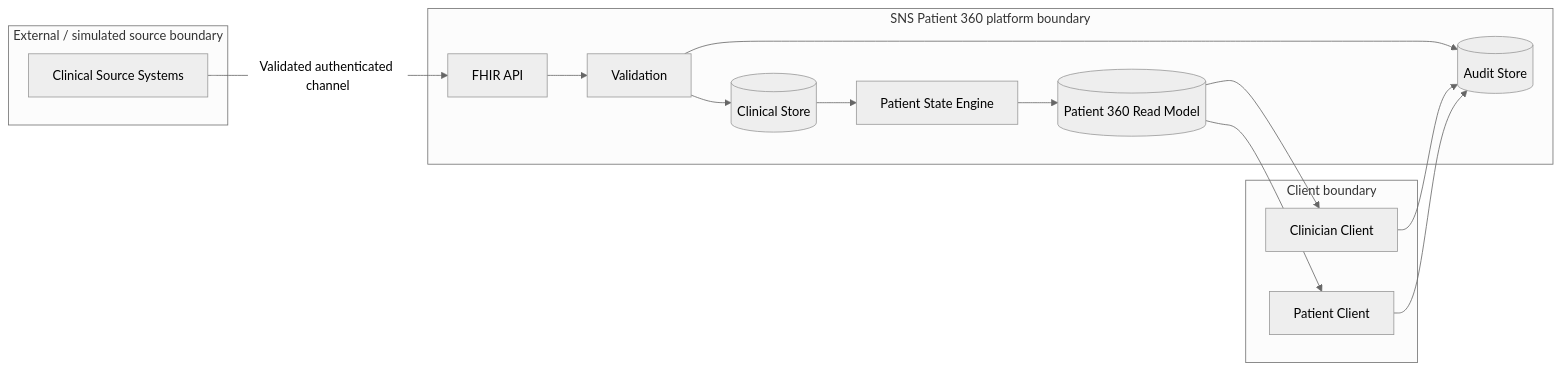
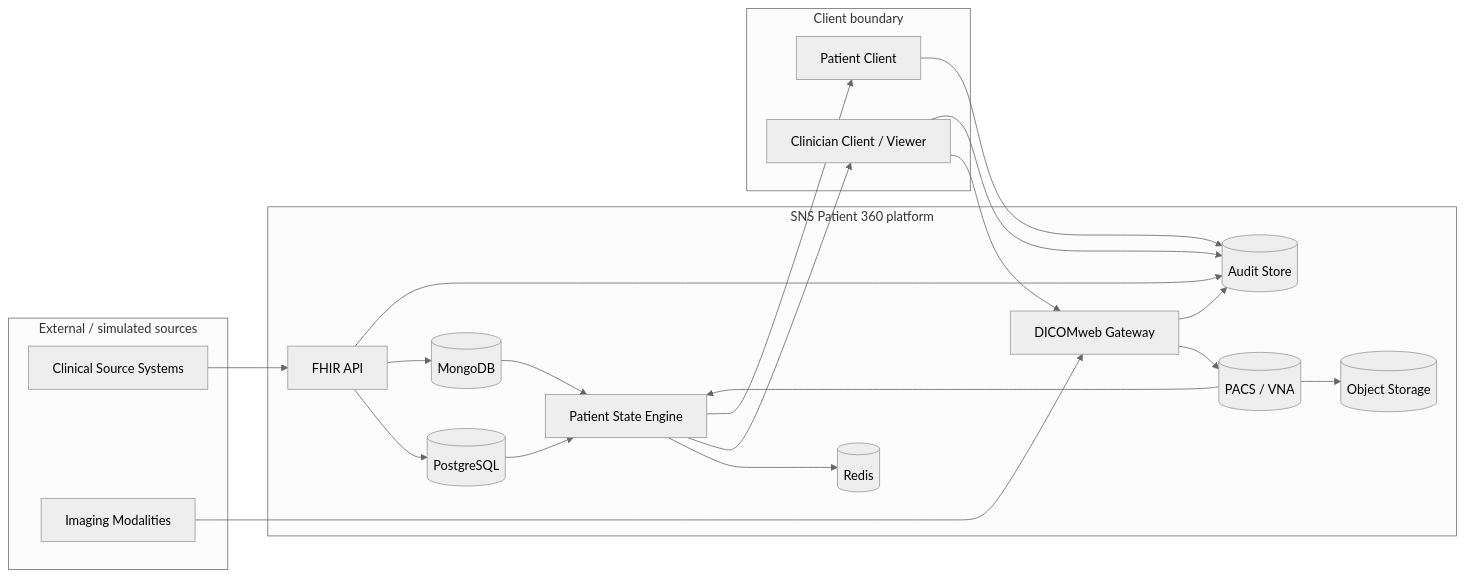
Before and after one commit to DiogoRibeiro7/sns-patient-360: the seventh of 7 diagrams in docs/architecture/system-architecture.md, drawn with Mermaid (neutral theme). The commit also changed other lines of this file, not shown here.

Commit message:
docs: update all system diagrams for imaging plane

````diff
--- a/docs/architecture/system-architecture.md
+++ b/docs/architecture/system-architecture.md
@@ -199,31 +264,42 @@
 ```mermaid
 flowchart LR
-    subgraph External[External / simulated source boundary]
-        SOURCES[Clinical Source Systems]
+    subgraph External[External / simulated sources]
+        CLINSRC[Clinical Source Systems]
+        MODALITIES[Imaging Modalities]
     end
 
-    subgraph Platform[SNS Patient 360 platform boundary]
+    subgraph Platform[SNS Patient 360 platform]
         FHIRAPI[FHIR API]
-        VALIDATION[Validation]
-        STORE[(Clinical Store)]
+        DICOM[DICOMweb Gateway]
+        PG[(PostgreSQL)]
+        MONGO[(MongoDB)]
+        PACS[(PACS / VNA)]
+        OBJECT[(Object Storage)]
         STATE[Patient State Engine]
-        P360[(Patient 360 Read Model)]
+        REDIS[(Redis)]
         AUDIT[(Audit Store)]
     end
 
     subgraph Clients[Client boundary]
-        CLINICIAN[Clinician Client]
+        CLINICIAN[Clinician Client / Viewer]
         PATIENT[Patient Client]
     end
 
-    SOURCES -->|Validated authenticated channel| FHIRAPI
-    FHIRAPI --> VALIDATION
-    VALIDATION --> STORE
-    STORE --> STATE
-    STATE --> P360
-    VALIDATION --> AUDIT
-    P360 --> CLINICIAN
-    P360 --> PATIENT
+    CLINSRC --> FHIRAPI
+    MODALITIES --> DICOM
+    FHIRAPI --> PG
+    FHIRAPI --> MONGO
+    DICOM --> PACS
+    PACS --> OBJECT
+    PG --> STATE
+    MONGO --> STATE
+    PACS --> STATE
+    STATE --> REDIS
+    STATE --> CLINICIAN
+    STATE --> PATIENT
+    CLINICIAN --> DICOM
+    FHIRAPI --> AUDIT
+    DICOM --> AUDIT
     CLINICIAN --> AUDIT
     PATIENT --> AUDIT
 ```
````
